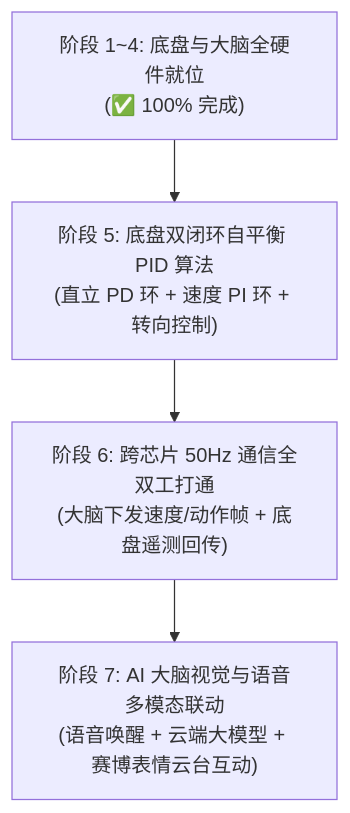
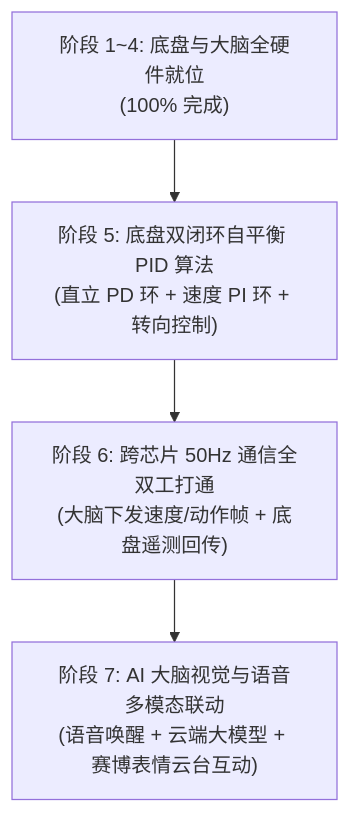
Before and after one commit to name718/drone: the diagram in 文档/桌面自平衡机器人/07-实机接线进度与待办备忘.md, drawn with Mermaid. The commit also changed other lines of this file and 44 other files, not shown here.

First line of the commit message:
refactor: 解耦底盘与云台控制，完善双芯片全维度硬件遥测，重构移动端自适应控制台并清除全项目图标

````diff
--- a/文档/桌面自平衡机器人/07-实机接线进度与待办备忘.md
+++ b/文档/桌面自平衡机器人/07-实机接线进度与待办备忘.md
@@ -56,6 +56,6 @@
 ```mermaid
 flowchart TD
-    M1["阶段 1~4: 底盘与大脑全硬件就位<br>(✅ 100% 完成)"] --> M5["阶段 5: 底盘双闭环自平衡 PID 算法<br>(直立 PD 环 + 速度 PI 环 + 转向控制)"]
+    M1["阶段 1~4: 底盘与大脑全硬件就位<br>(100% 完成)"] --> M5["阶段 5: 底盘双闭环自平衡 PID 算法<br>(直立 PD 环 + 速度 PI 环 + 转向控制)"]
     M5 --> M6["阶段 6: 跨芯片 50Hz 通信全双工打通<br>(大脑下发速度/动作帧 + 底盘遥测回传)"]
     M6 --> M7["阶段 7: AI 大脑视觉与语音多模态联动<br>(语音唤醒 + 云端大模型 + 赛博表情云台互动)"]
 ```
````
